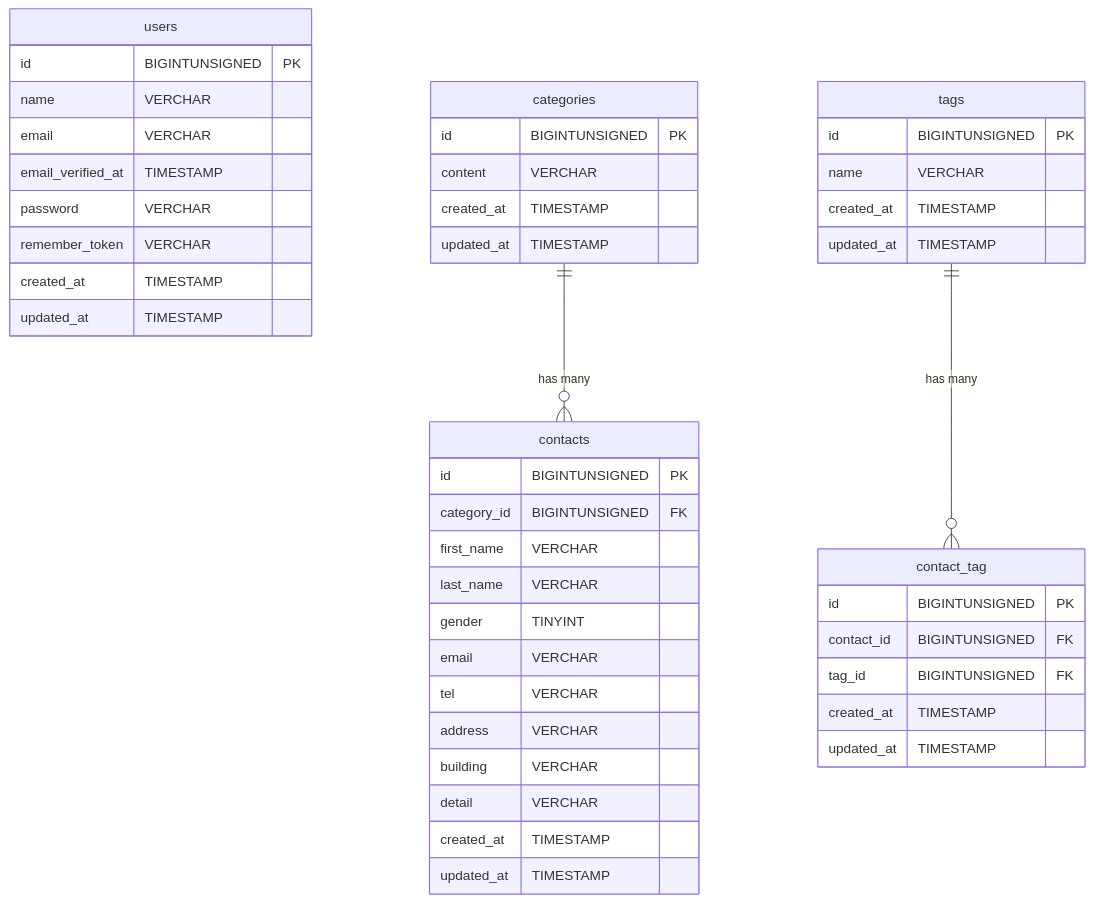
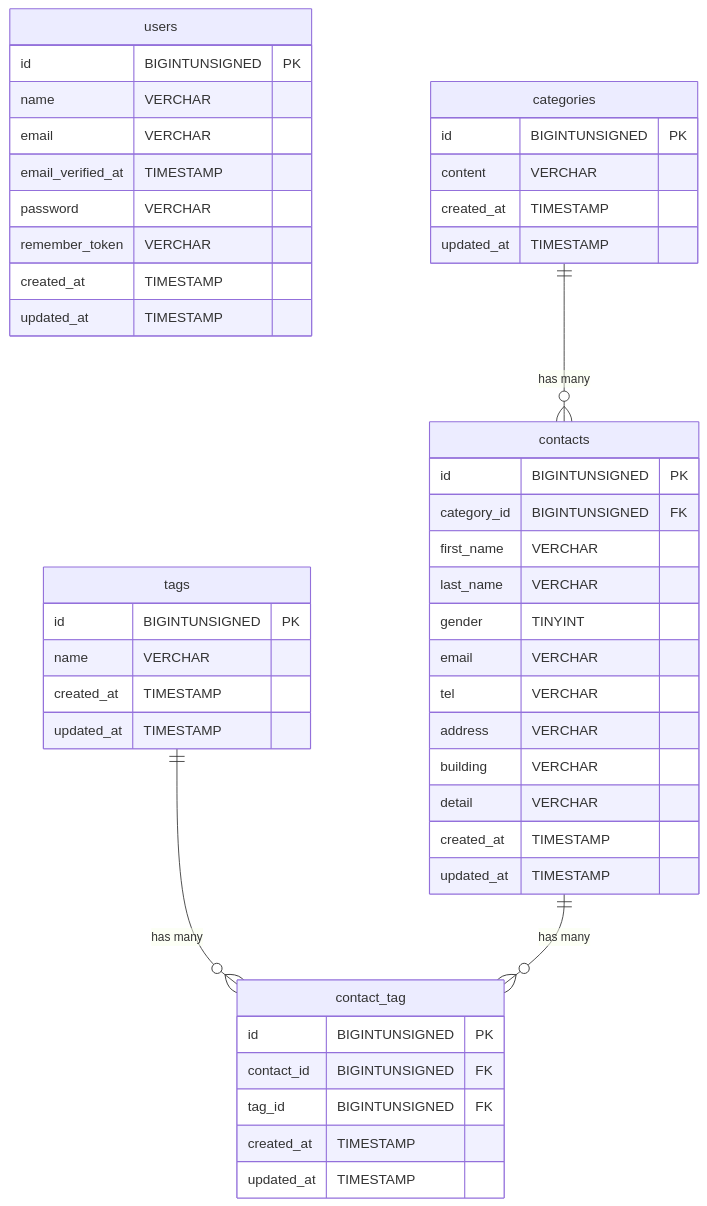
One commit to miyori-knzk/contact-form-app changed the diagram in README.md. Above: the diagram before and after it, drawn with Mermaid. The commit also changed 1 other file, not shown here.

Commit message:
fix: 修正

````diff
--- a/README.md
+++ b/README.md
@@ -24,60 +24,61 @@
 ```mermaid
 
 erDiagram
     users {
         id  BIGINTUNSIGNED "PK"
         name VERCHAR
         email VERCHAR
         email_verified_at TIMESTAMP
         password VERCHAR
         remember_token VERCHAR
         created_at TIMESTAMP
         updated_at TIMESTAMP
     }
 
     categories {
         id BIGINTUNSIGNED "PK"
         content VERCHAR
         created_at TIMESTAMP
         updated_at TIMESTAMP
     }
 
     contacts {
         id BIGINTUNSIGNED "PK"
         category_id BIGINTUNSIGNED "FK"
         first_name VERCHAR
         last_name VERCHAR
         gender TINYINT
         email VERCHAR
         tel VERCHAR
         address VERCHAR
         building VERCHAR
         detail VERCHAR
         created_at TIMESTAMP
         updated_at TIMESTAMP
     }
 
     tags {
         id BIGINTUNSIGNED "PK"
         name VERCHAR
         created_at TIMESTAMP
         updated_at TIMESTAMP
     }
 
 
 
 
 
     contact_tag {
         id BIGINTUNSIGNED "PK"
         contact_id BIGINTUNSIGNED "FK"
         tag_id BIGINTUNSIGNED "FK"
         created_at TIMESTAMP
         updated_at TIMESTAMP
     }
 
     tags ||--o{ contact_tag : "has many"
+    contacts ||--o{ contact_tag : "has many"
     categories ||--o{ contacts : "has many"
 
 
 ```
````
